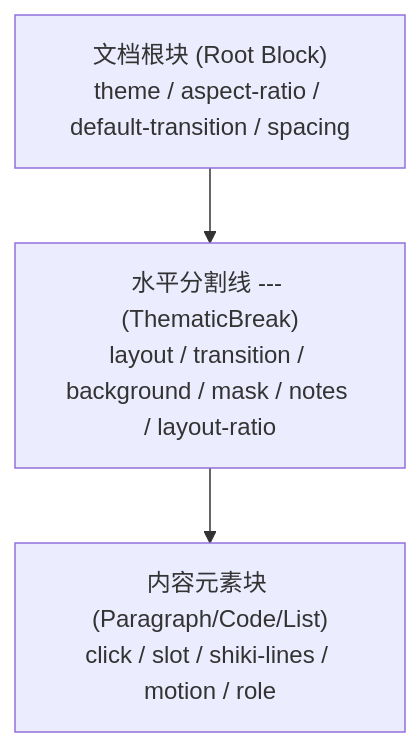
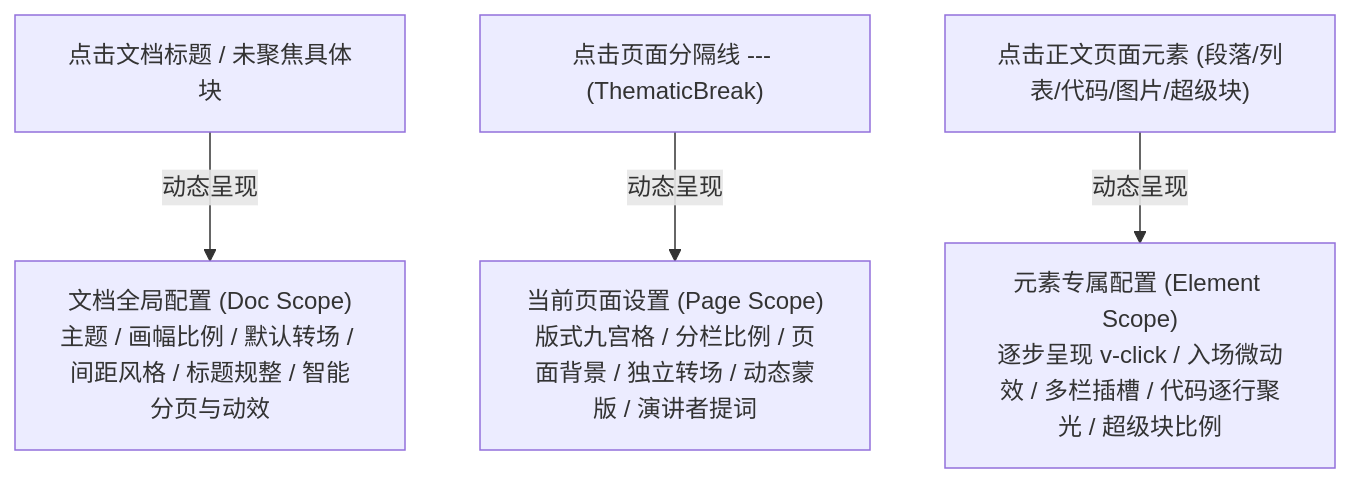
One commit to famotime/siyuan-live-slides changed the diagram in docs/USER-GUIDE.zh-CN.md. Above: the diagram before and after it, drawn with Mermaid. The commit also changed other lines of this file and 22 other files, not shown here.

````diff
--- a/docs/USER-GUIDE.zh-CN.md
+++ b/docs/USER-GUIDE.zh-CN.md
@@ -13,5 +13,6 @@
 ```mermaid
 graph TD
-    Scope1["文档根块 (Root Block)<br>theme / aspect-ratio / default-transition / spacing"] --> Scope2["水平分割线 --- (ThematicBreak)<br>layout / transition / background / mask / notes / layout-ratio"]
-    Scope2 --> Scope3["内容元素块 (Paragraph/Code/List)<br>click / slot / shiki-lines / motion / role"]
+    A["点击文档标题 / 未聚焦具体块"] -->|动态呈现| A1["文档全局配置 (Doc Scope)<br>主题 / 画幅比例 / 默认转场 / 间距风格 / 标题规整 / 智能分页与动效"]
+    B["点击页面分隔线 --- (ThematicBreak)"] -->|动态呈现| B1["当前页面设置 (Page Scope)<br>版式九宫格 / 分栏比例 / 页面背景 / 独立转场 / 动态蒙版 / 演讲者提词"]
+    C["点击正文页面元素 (段落/列表/代码/图片/超级块)"] -->|动态呈现| C1["元素专属配置 (Element Scope)<br>逐步呈现 v-click / 入场微动效 / 多栏插槽 / 代码逐行聚光 / 超级块比例"]
 ```
````
